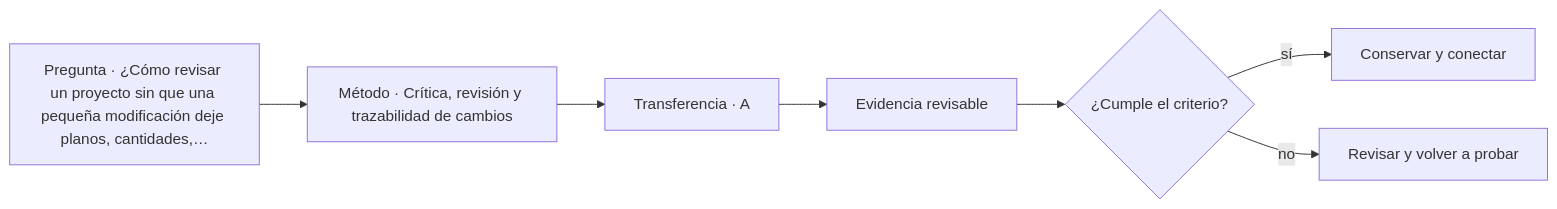
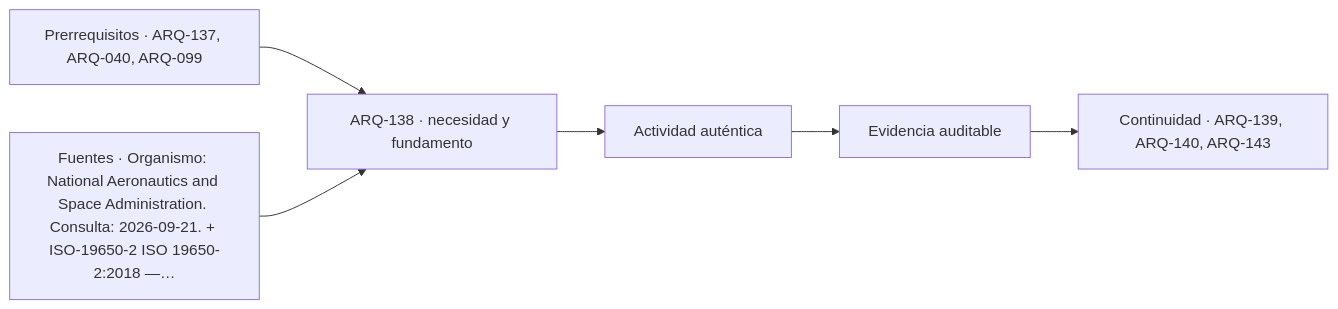
One commit to vladimiracunadev-create/architecture-built-environment-learning-program changed the diagram in classes/parte-14/ARQ-138.md. Above: the diagram before and after it, drawn with Mermaid. The commit also changed other lines of this file and 761 other files, not shown here.

````diff
--- a/classes/parte-14/ARQ-138.md
+++ b/classes/parte-14/ARQ-138.md
@@ -147,9 +159,8 @@
 ```mermaid
 flowchart LR
-    Q["Pregunta · ¿Cómo revisar un proyecto sin que una pequeña modificación deje planos, cantidades,…"] --> M["Método · Crítica, revisión y trazabilidad de cambios"]
-    M --> P["Transferencia · A"]
-    P --> E["Evidencia revisable"]
-    E --> C{"¿Cumple el criterio?"}
-    C -->|sí| T["Conservar y conectar"]
-    C -->|no| R["Revisar y volver a probar"]
+    A["Prerrequisitos · ARQ-137, ARQ-040, ARQ-099"] --> B["ARQ-138 · necesidad y fundamento"]
+    S["Fuentes · Organismo: National Aeronautics and Space Administration. Consulta: 2026-09-21. + ISO-19650-2 ISO 19650-2:2018 —…"] --> B
+    B --> C["Actividad auténtica"]
+    C --> D["Evidencia auditable"]
+    D --> E["Continuidad · ARQ-139, ARQ-140, ARQ-143"]
 ```
````
